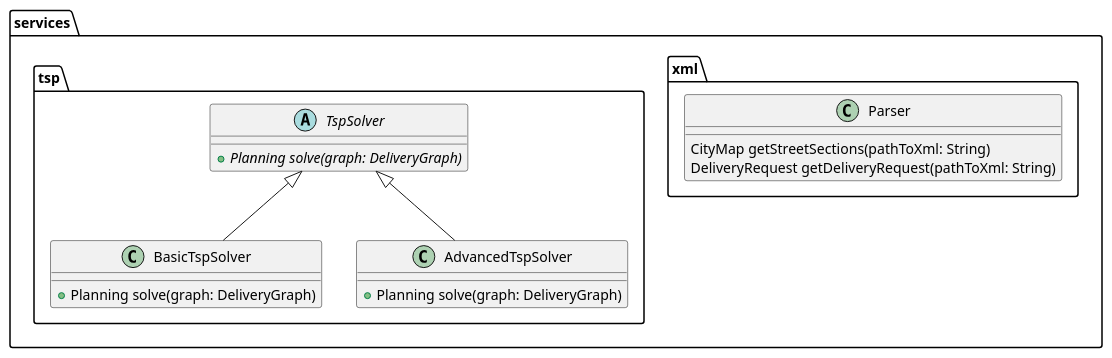
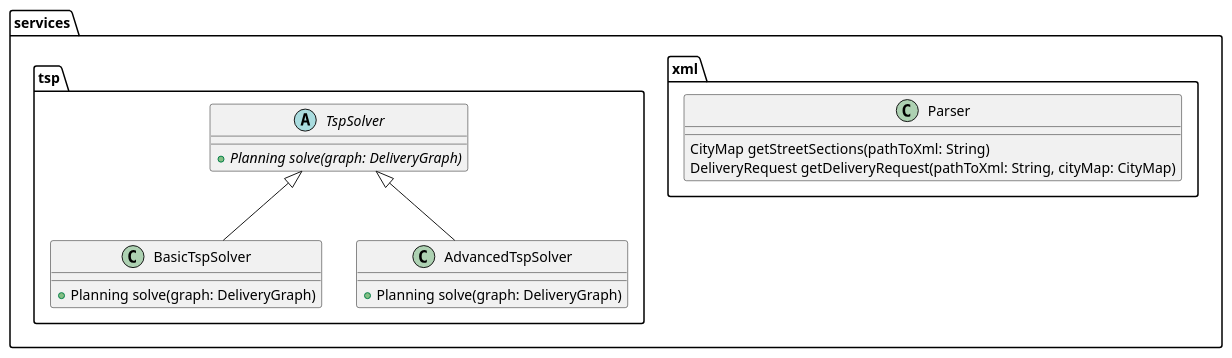
Before and after one commit to if-h4102/pld-agile: the diagram in docs/uml/package.services.puml, drawn with PlantUML. The commit also changed 3 other files, not shown here.

Commit message:
Parsage d'une deliveryRequest, mise a jour du modele services.xml

```diff
--- a/docs/uml/package.services.puml
+++ b/docs/uml/package.services.puml
@@ -1,32 +1,32 @@
 @startuml
 
 package services {
     package xml {
         class Parser {
             CityMap getStreetSections(pathToXml: String)
-            DeliveryRequest getDeliveryRequest(pathToXml: String)
+            DeliveryRequest getDeliveryRequest(pathToXml: String, cityMap: CityMap)
         }
     }
 
     package tsp {
         abstract class TspSolver {
             +{abstract} Planning solve(graph: DeliveryGraph)
         }
 
         class BasicTspSolver {
             +Planning solve(graph: DeliveryGraph)
         }
 
         class AdvancedTspSolver {
             +Planning solve(graph: DeliveryGraph)
         }
 
         TspSolver <|-- BasicTspSolver
         TspSolver <|-- AdvancedTspSolver
 
     }
 }
 
 
 
 @enduml
```
